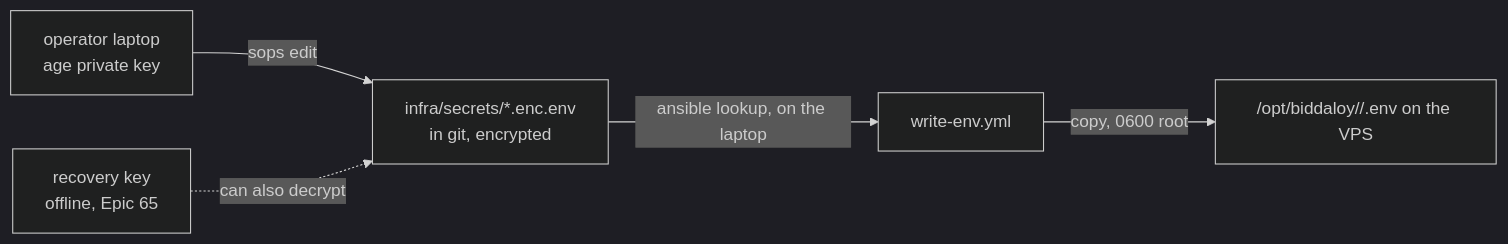
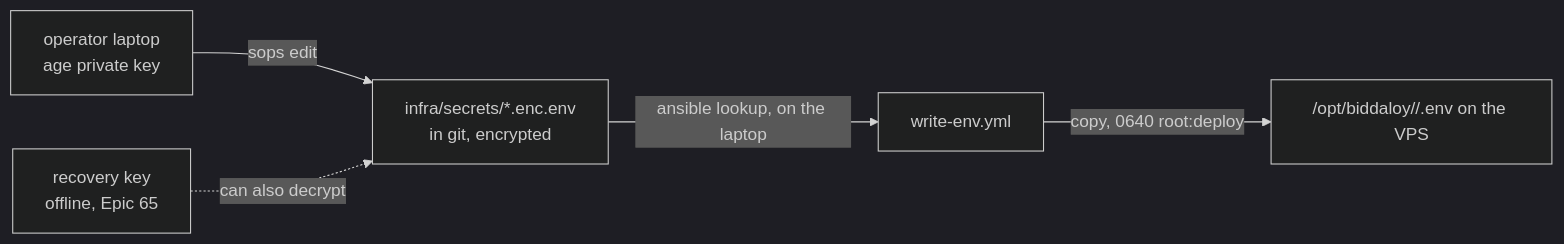
Before and after one commit to tareq89/biddaloy: the diagram in infra/secrets/README.md, drawn with Mermaid (dark theme). The commit also changed other lines of this file and 19 other files, not shown here.

````diff
--- a/infra/secrets/README.md
+++ b/infra/secrets/README.md
@@ -6,7 +6,7 @@
 ```mermaid
 flowchart LR
   A[operator laptop<br/>age private key] -->|sops edit| B[infra/secrets/*.enc.env<br/>in git, encrypted]
   B -->|ansible lookup, on the laptop| C[write-env.yml]
-  C -->|copy, 0600 root| D["/opt/biddaloy/<env>/.env on the VPS"]
+  C -->|copy, 0640 root:deploy| D["/opt/biddaloy/<env>/.env on the VPS"]
   R[recovery key<br/>offline, Epic 65] -.can also decrypt.-> B
 ```
````
